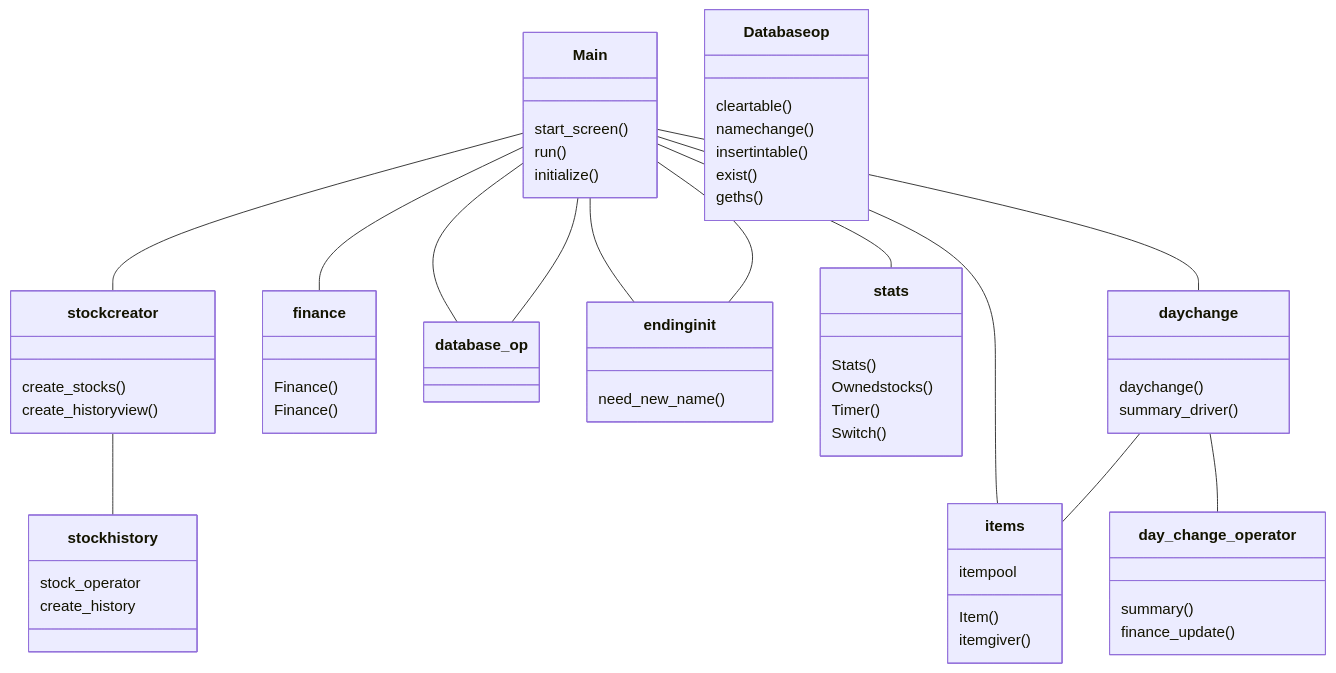
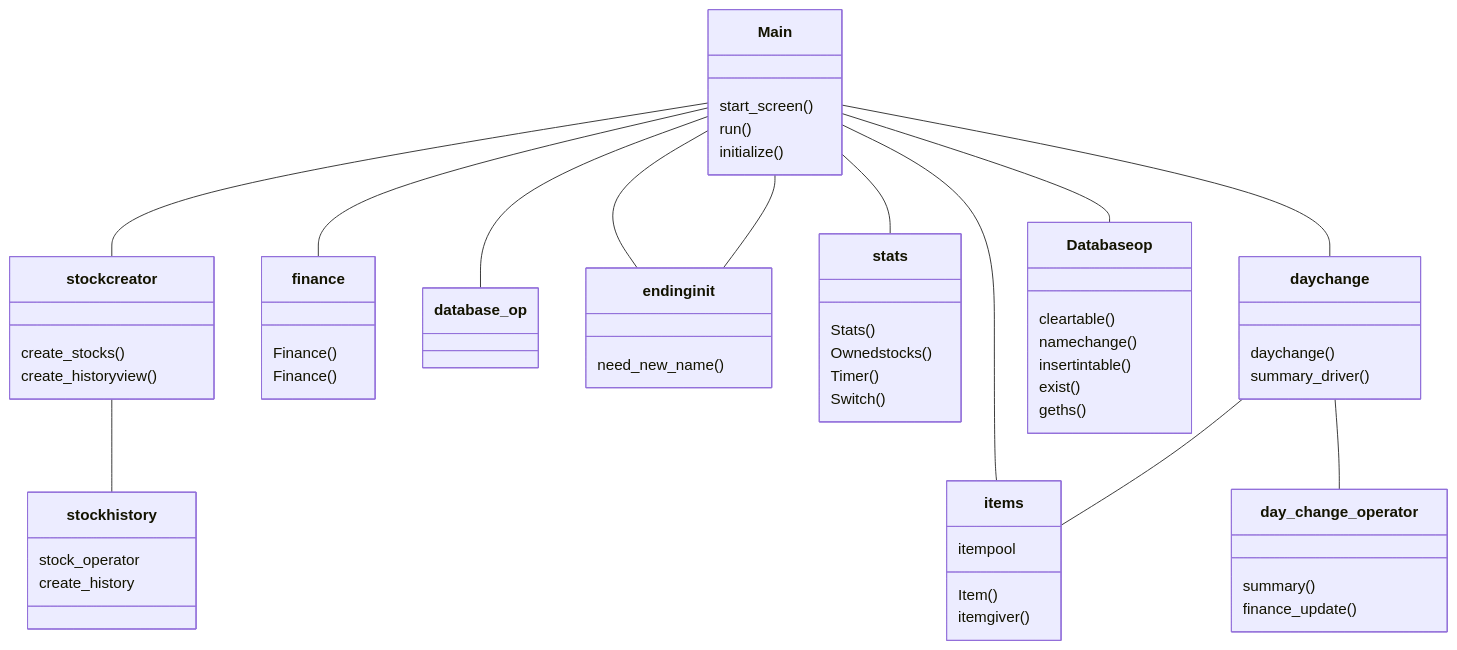
One commit to sepaww/ot-harjoitustyo changed the second of 6 diagrams in dokumentaatio/arkkitehtuuri.md. Above: the diagram before and after it, drawn with Mermaid.

````diff
--- a/dokumentaatio/arkkitehtuuri.md
+++ b/dokumentaatio/arkkitehtuuri.md
@@ -96,71 +96,71 @@
  ```mermaid
  classDiagram
       Main -- stockcreator
        Main -- finance
         Main -- items
          Main -- database_op
          Main -- endinginit
          Main -- stats
          Main -- daychange
          Main -- endinginit
-         Main -- database_op
+         Main -- Databaseop
          daychange -- day_change_operator
          daychange -- items
       class Main{
           start_screen()
           run()
           initialize()
       }
       class items{
           Item()
           itempool
           itemgiver()
       }
       stockcreator -- stockhistory
       class stockcreator{
           create_stocks()
           create_historyview()
           
       }
       
       class stockhistory{
           stock_operator
           create_history
           
       }
       
       class Databaseop{
           cleartable()
           namechange()
           insertintable()
           exist()
           geths()
           
       }
       
       class finance{
           Finance()
       }
       class stats{
       Stats()
       Ownedstocks()
       Timer()
       Switch()
           
       }
       class finance{
       Finance()
       }
       class daychange{
       daychange()
       summary_driver()
       }
       class day_change_operator{
       summary()
       finance_update()
       }
       class endinginit{
       need_new_name()
       }
       
 ```
````
